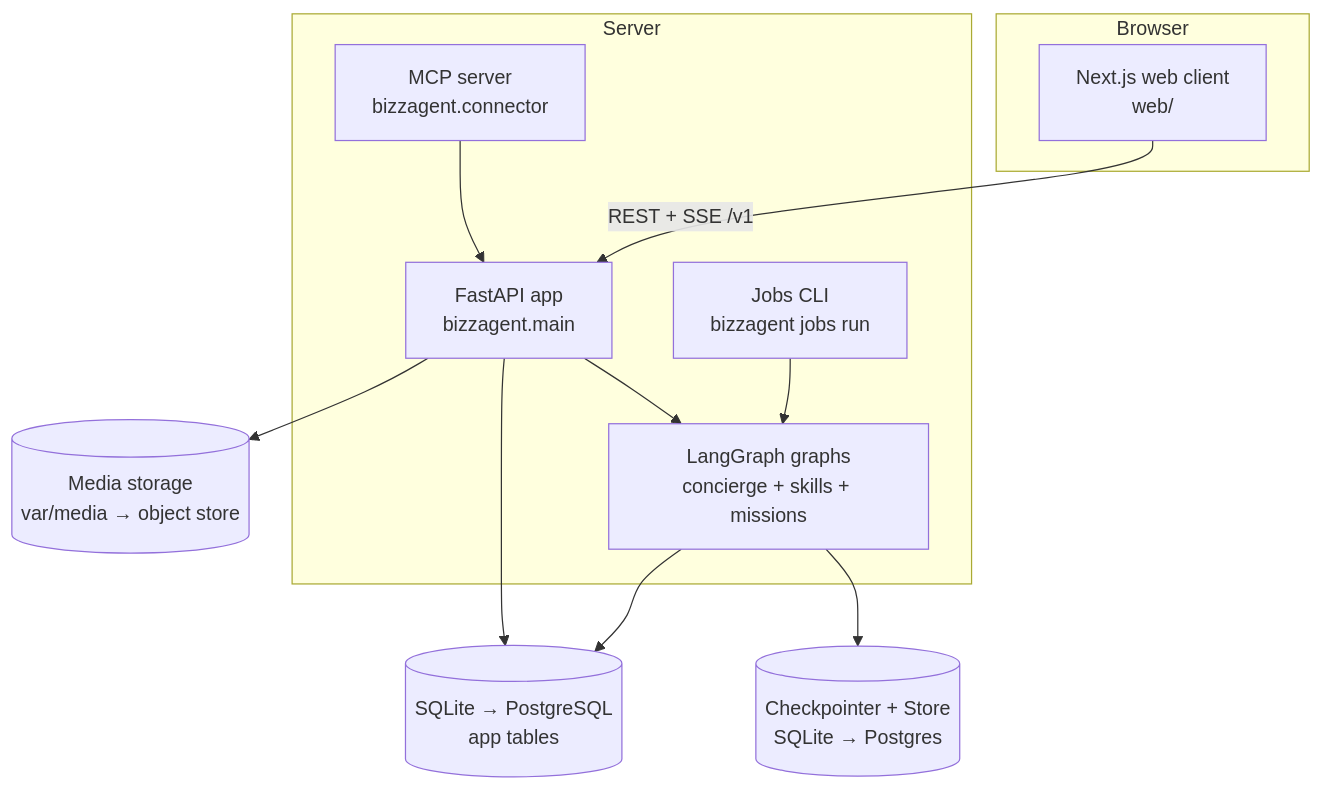
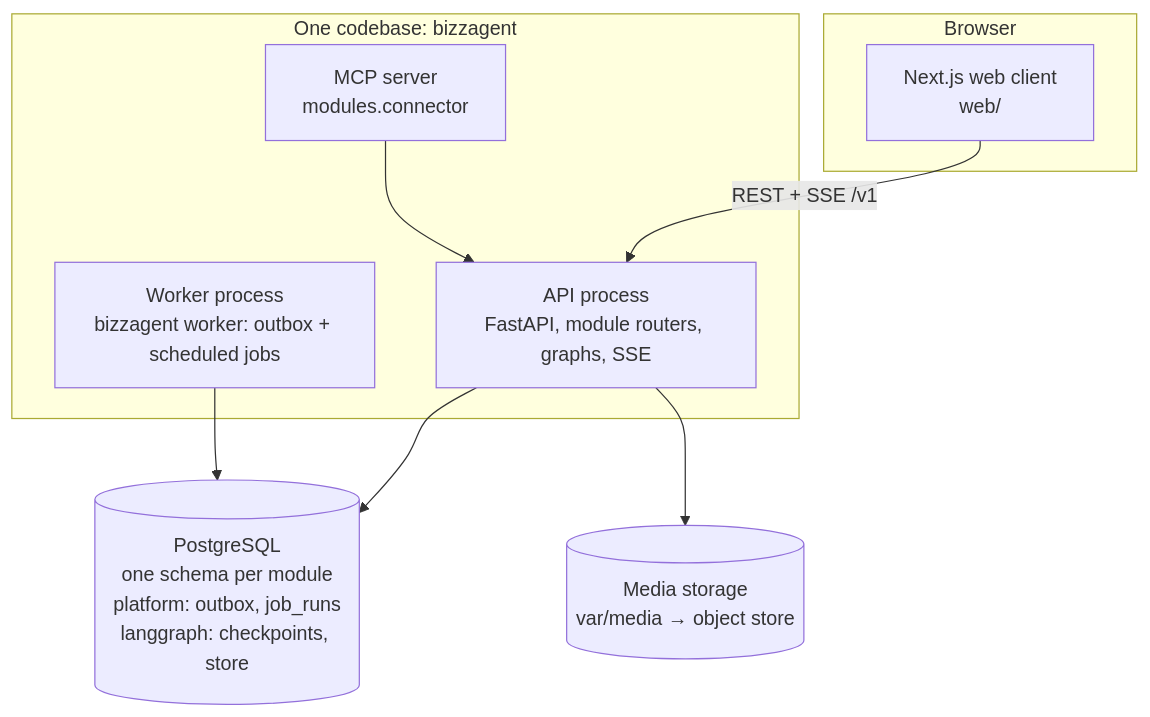
The second of 4 diagrams in docs/architecture/SAD.md (yetmgetaredahegn/BizzAgent), drawn with Mermaid before and after one commit. The commit also changed other lines of this file and 43 other files, not shown here.

Commit message:
docs: add architecture, engineering, and web API documentation

````diff
--- a/docs/architecture/SAD.md
+++ b/docs/architecture/SAD.md
@@ -43,23 +45,18 @@
 ```mermaid
 flowchart TB
   subgraph Browser
     WEB[Next.js web client<br/>web/]
   end
-  subgraph Server
-    API[FastAPI app<br/>bizzagent.main]
-    GR[LangGraph graphs<br/>concierge + skills + missions]
-    JOBS[Jobs CLI<br/>bizzagent jobs run]
-    MCP[MCP server<br/>bizzagent.connector]
+  subgraph Server["One codebase: bizzagent"]
+    API[API process<br/>FastAPI, module routers, graphs, SSE]
+    WRK[Worker process<br/>bizzagent worker: outbox + scheduled jobs]
+    MCP[MCP server<br/>modules.connector]
   end
-  DB[(SQLite → PostgreSQL<br/>app tables)]
-  CK[(Checkpointer + Store<br/>SQLite → Postgres)]
+  PG[(PostgreSQL<br/>one schema per module<br/>platform: outbox, job_runs<br/>langgraph: checkpoints, store)]
   MEDIA[(Media storage<br/>var/media → object store)]
   WEB -->|REST + SSE /v1| API
-  API --> GR
-  JOBS --> GR
   MCP --> API
-  GR --> CK
-  API --> DB
-  GR --> DB
+  API --> PG
+  WRK --> PG
   API --> MEDIA
 ```
````
